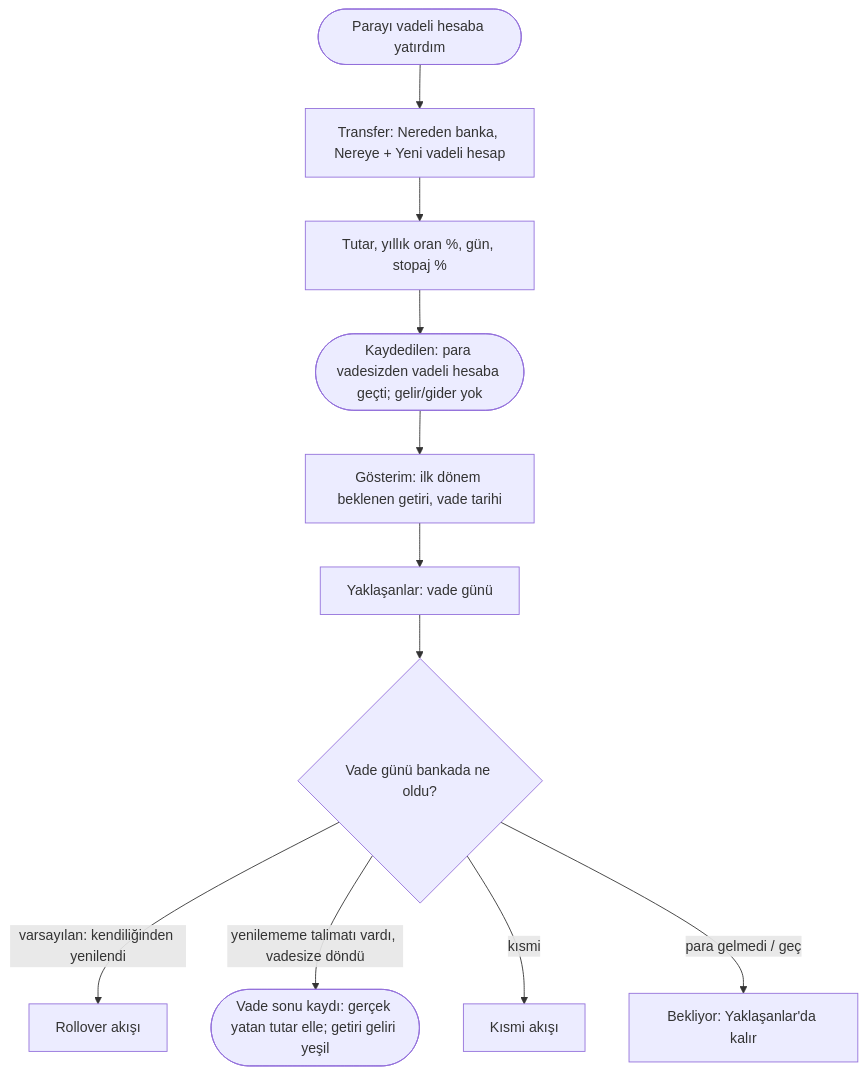
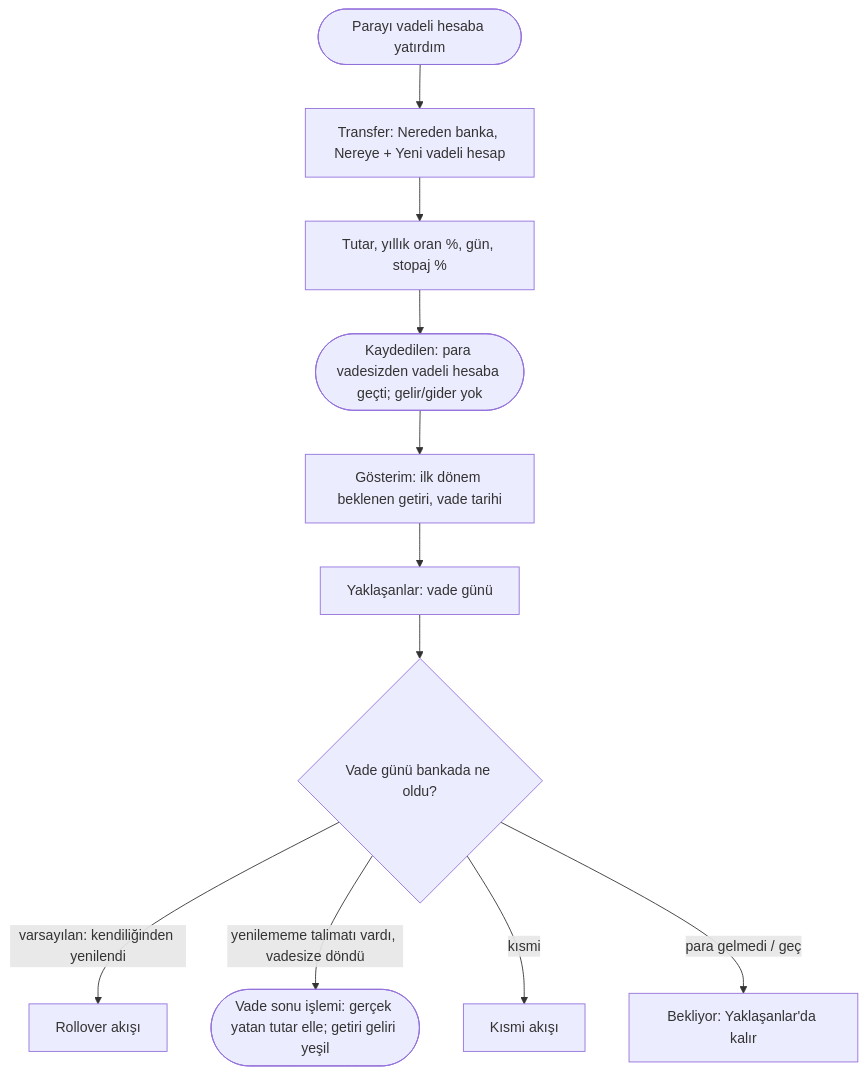
One commit to akderelianil/aa-finance changed the first of 3 diagrams in docs/ux/akislar/AKS-018-vadeli-hesap.md. Above: the diagram before and after it, drawn with Mermaid. The commit also changed other lines of this file and 18 other files, not shown here.

````diff
--- a/docs/ux/akislar/AKS-018-vadeli-hesap.md
+++ b/docs/ux/akislar/AKS-018-vadeli-hesap.md
@@ -30,13 +30,13 @@
 ```mermaid
 flowchart TD
   A([Parayı vadeli hesaba yatırdım]) --> B[Transfer: Nereden banka, Nereye + Yeni vadeli hesap]
   B --> C[Tutar, yıllık oran %, gün, stopaj %]
   C --> D([Kaydedilen: para vadesizden vadeli hesaba geçti; gelir/gider yok])
   D --> E[Gösterim: ilk dönem beklenen getiri, vade tarihi]
   E --> F[Yaklaşanlar: vade günü]
   F --> G{Vade günü bankada ne oldu?}
   G -- varsayılan: kendiliğinden yenilendi --> I[Rollover akışı]
-  G -- yenilememe talimatı vardı, vadesize döndü --> H([Vade sonu kaydı: gerçek yatan tutar elle; getiri geliri yeşil])
+  G -- yenilememe talimatı vardı, vadesize döndü --> H([Vade sonu işlemi: gerçek yatan tutar elle; getiri geliri yeşil])
   G -- kısmi --> J[Kısmi akışı]
   G -- para gelmedi / geç --> K[Bekliyor: Yaklaşanlar'da kalır]
 ```
````
